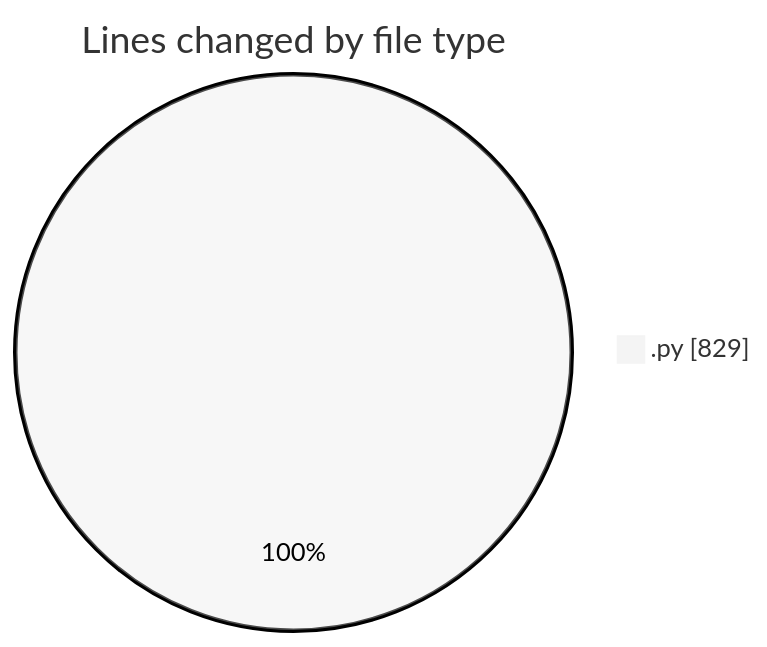
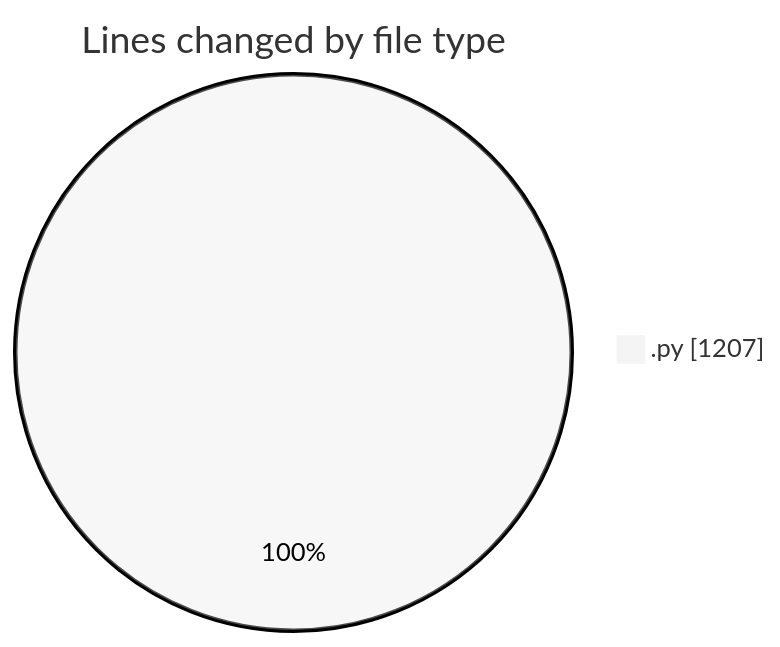
One commit to Ritupan-Deka/code-tracking changed the first of 2 diagrams in 2025-06-29/whiteboard/README.md. Above: the diagram before and after it, drawn with Mermaid (neutral theme). The commit also changed other lines of this file and 1 other file, not shown here.

````diff
--- a/2025-06-29/whiteboard/README.md
+++ b/2025-06-29/whiteboard/README.md
@@ -23,5 +23,5 @@
 ```mermaid
 pie showData
 title Lines changed by file type
-".py" : 829
+".py" : 1207
 ```
````
